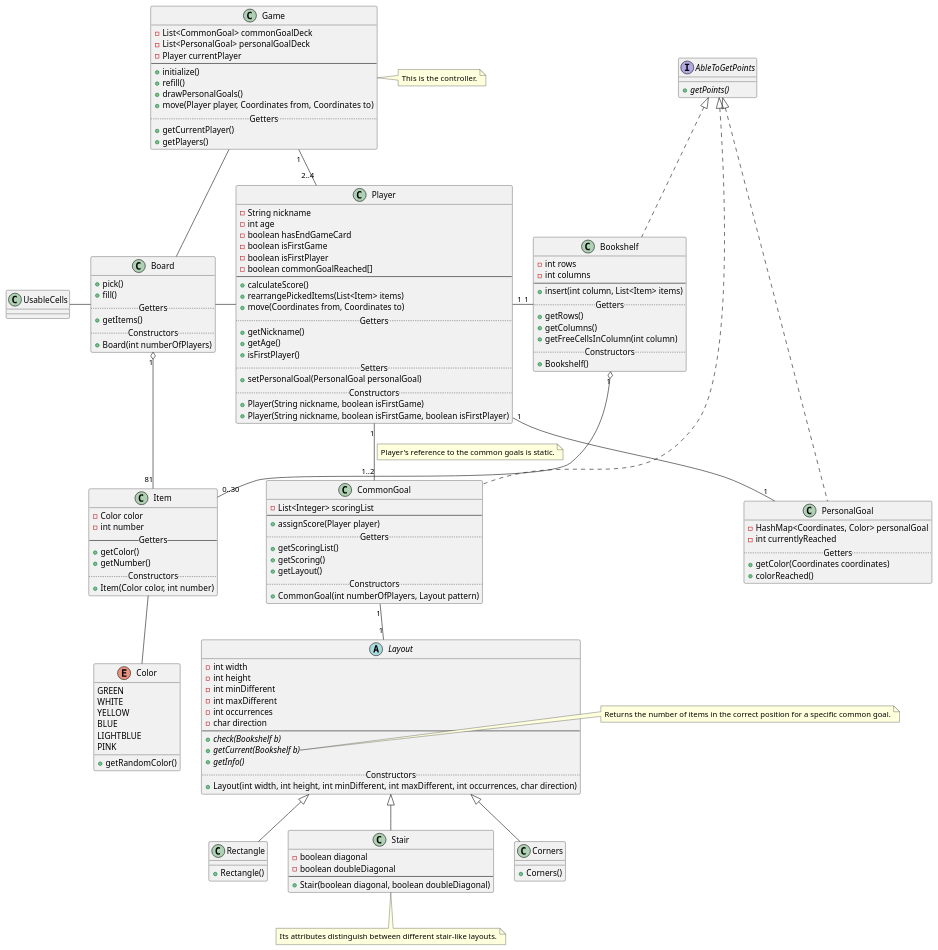
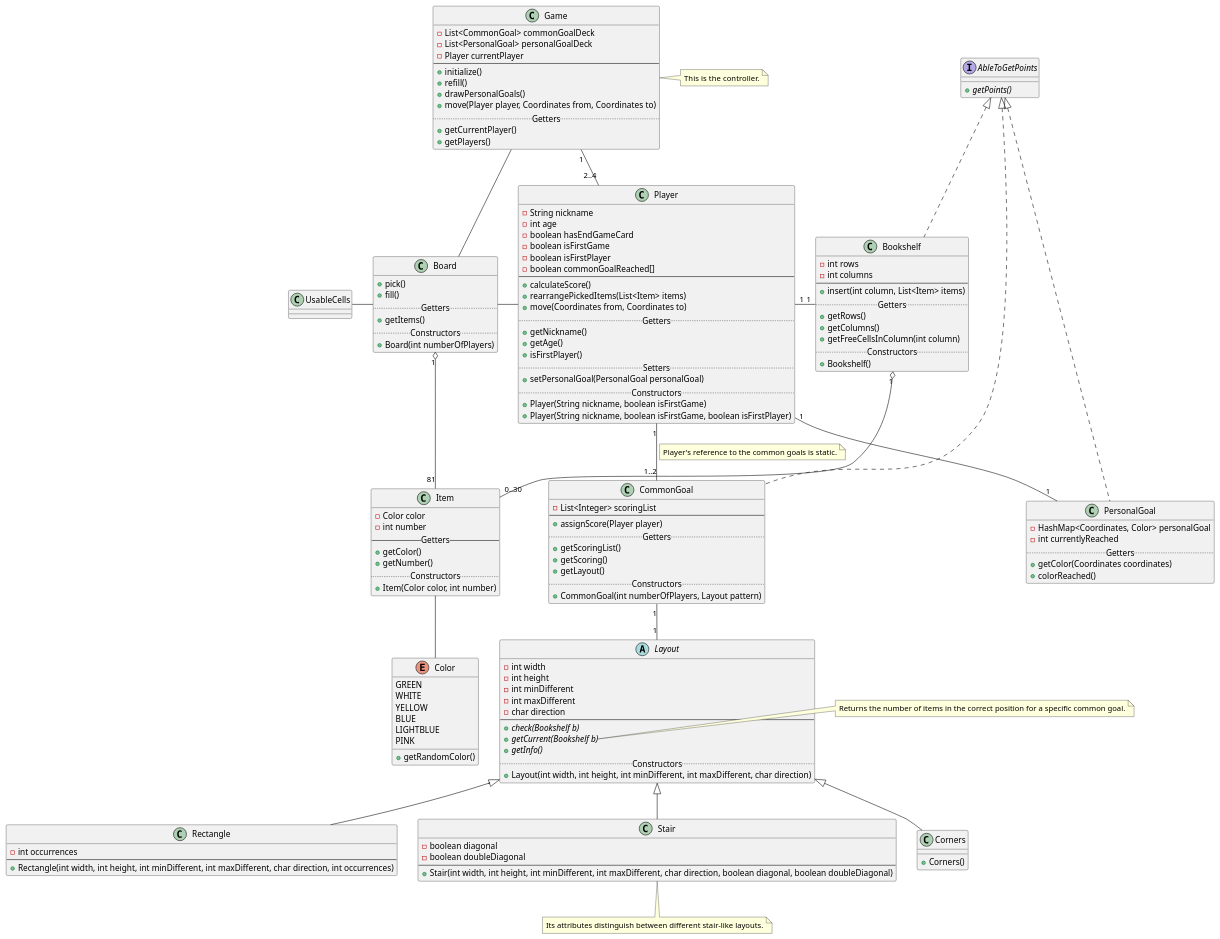
The diagram in docs/Initial class diagram.puml (dltmtt/IS23-AM13), drawn with PlantUML before and after one commit. The commit also changed 4 other files, not shown here.

```diff
--- a/docs/Initial class diagram.puml
+++ b/docs/Initial class diagram.puml
@@ -1,167 +1,168 @@
 @startuml
 'https://plantuml.com/class-diagram
 'https://plantuml.com/commons
 
 Game -- Board
 Game "1" -- "2..4" Player
 Board - Player
 Board -left UsableCells
 Player "1" - "1" Bookshelf
 Player "1" -- "1" PersonalGoal
 Player "1" -- "1..2" CommonGoal
 note on link
     Player's reference to the common goals is static.
 end note
 CommonGoal "1" -- "1" Layout
 Item -- Color
 Board "1" o-- "81" Item
 Bookshelf "1" o-- "0..30" Item
 
 class Game {
     -List<CommonGoal> commonGoalDeck
     -List<PersonalGoal> personalGoalDeck
     -Player currentPlayer
     ----
     +initialize()
     +refill()
     +drawPersonalGoals()
     +move(Player player, Coordinates from, Coordinates to)
     .. Getters ..
     +getCurrentPlayer()
     +getPlayers()
 }
 
 note right : This is the controller.
 
 class Item {
     -Color color
     -int number
     -- Getters --
     +getColor()
     +getNumber()
     .. Constructors ..
     +Item(Color color, int number)
 }
 
 class Player {
     -String nickname
     -int age
     -boolean hasEndGameCard
     -boolean isFirstGame
     -boolean isFirstPlayer
     -boolean commonGoalReached[]
     ----
     +calculateScore()
     +rearrangePickedItems(List<Item> items)
     +move(Coordinates from, Coordinates to)
     .. Getters ..
     +getNickname()
     +getAge()
     +isFirstPlayer()
     .. Setters ..
     +setPersonalGoal(PersonalGoal personalGoal)
     .. Constructors ..
     +Player(String nickname, boolean isFirstGame)
     +Player(String nickname, boolean isFirstGame, boolean isFirstPlayer)
 }
 
 class Board {
     +pick()
     +fill()
     .. Getters ..
     +getItems()
     .. Constructors ..
     +Board(int numberOfPlayers)
 }
 
 interface AbleToGetPoints {
     +{abstract} getPoints()
 }
 
 class PersonalGoal implements AbleToGetPoints {
     -HashMap<Coordinates, Color> personalGoal
     -int currentlyReached
     .. Getters ..
     +getColor(Coordinates coordinates)
     +colorReached()
 }
 
 note left of PersonalGoal::reached
     It indicates the number of cells filled with the "right color"
 end note
 
 note right of PersonalGoal::goal
     The goal's configuration.
 end note
 
 class CommonGoal implements AbleToGetPoints {
     -List<Integer> scoringList
     ----
     +assignScore(Player player)
     .. Getters ..
     +getScoringList()
     +getScoring()
     +getLayout()
     .. Constructors ..
     +CommonGoal(int numberOfPlayers, Layout pattern)
 }
 
 enum Color {
     GREEN
     WHITE
     YELLOW
     BLUE
     LIGHTBLUE
     PINK
     +getRandomColor()
 }
 
 class Bookshelf implements AbleToGetPoints {
     -int rows
     -int columns
     ----
     +insert(int column, List<Item> items)
     .. Getters ..
     +getRows()
     +getColumns()
     +getFreeCellsInColumn(int column)
     .. Constructors ..
     +Bookshelf()
 }
 
 abstract Layout {
     -int width
     -int height
     -int minDifferent
     -int maxDifferent
-    -int occurrences
     -char direction
     ----
     +{abstract} check(Bookshelf b)
     +{abstract} getCurrent(Bookshelf b)
     +{abstract} getInfo()
     .. Constructors ..
-    +Layout(int width, int height, int minDifferent, int maxDifferent, int occurrences, char direction)
+    +Layout(int width, int height, int minDifferent, int maxDifferent, char direction)
 }
 
 note right of Layout::getCurrent
     Returns the number of items in the correct position for a specific common goal.
 end note
 
 class Rectangle extends Layout {
-    +Rectangle()
+    -int occurrences
+    ---
+    +Rectangle(int width, int height, int minDifferent, int maxDifferent, char direction, int occurrences)
 }
 
 class Stair extends Layout {
     -boolean diagonal
     -boolean doubleDiagonal
     ----
-    +Stair(boolean diagonal, boolean doubleDiagonal)
+    +Stair(int width, int height, int minDifferent, int maxDifferent, char direction, boolean diagonal, boolean doubleDiagonal)
 }
 
 note bottom : Its attributes distinguish between different stair-like layouts.
 
 class Corners extends Layout {
     +Corners()
 }
 @enduml
```
